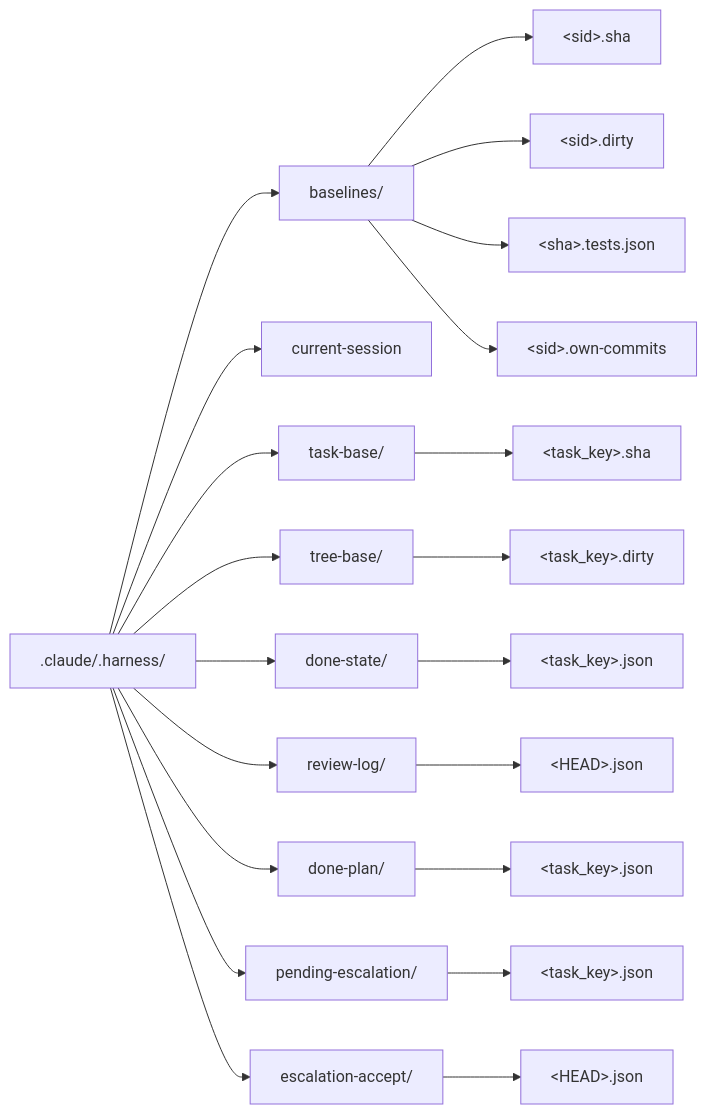
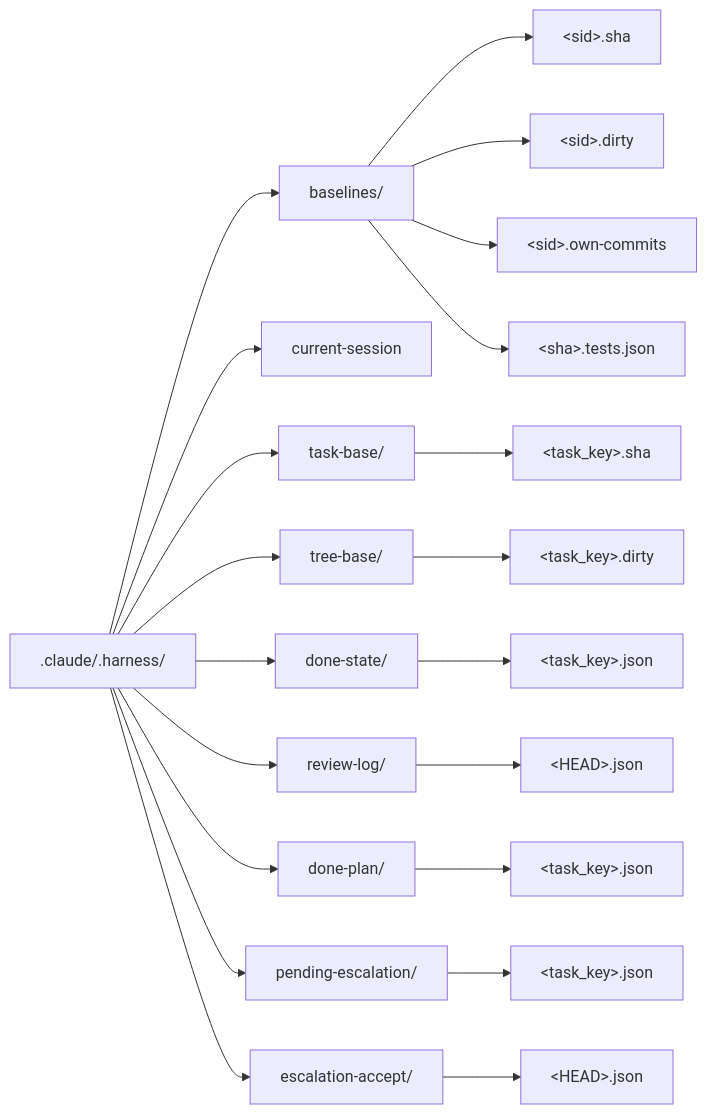
One commit to pehota/harlo changed the tenth of 10 diagrams in docs/architecture.md. Above: the diagram before and after it, drawn with Mermaid. The commit also changed other lines of this file and 1 other file, not shown here.

````diff
--- a/docs/architecture.md
+++ b/docs/architecture.md
@@ -777,23 +779,23 @@
 ```mermaid
 flowchart LR
   H[".claude/.harness/"] --> BL["baselines/"]
   H --> CS["current-session"]
   H --> TB["task-base/"]
   H --> TRB["tree-base/"]
   H --> DS["done-state/"]
   H --> RL["review-log/"]
   H --> DP["done-plan/"]
   H --> PE["pending-escalation/"]
   H --> EA["escalation-accept/"]
   BL --> B1["&lt;sid&gt;.sha"]
   BL --> B2["&lt;sid&gt;.dirty"]
-  BL --> B3["&lt;sha&gt;.tests.json"]
-  BL --> B4["&lt;sid&gt;.own-commits"]
+  BL --> B3["&lt;sid&gt;.own-commits"]
+  BL --> B4["&lt;sha&gt;.tests.json"]
   TB --> T1["&lt;task_key&gt;.sha"]
   TRB --> TR1["&lt;task_key&gt;.dirty"]
   DS --> D1["&lt;task_key&gt;.json"]
   RL --> R1["&lt;HEAD&gt;.json"]
   DP --> DP1["&lt;task_key&gt;.json"]
   PE --> PE1["&lt;task_key&gt;.json"]
   EA --> EA1["&lt;HEAD&gt;.json"]
 ```
````
